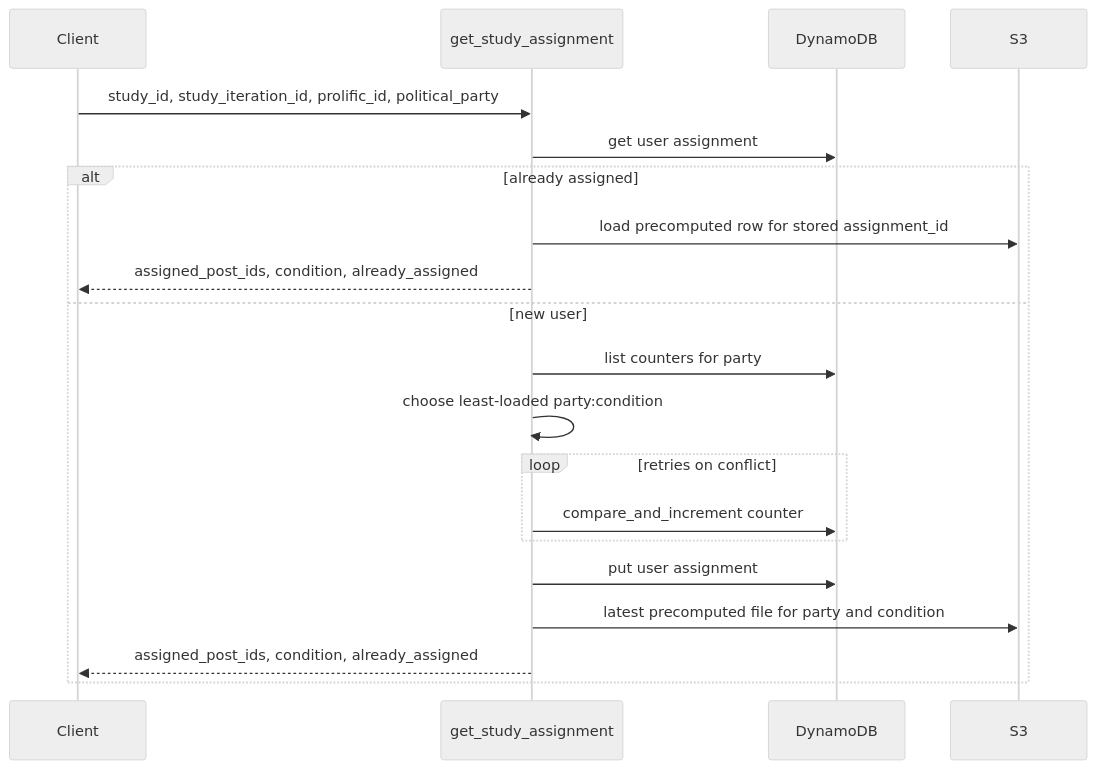
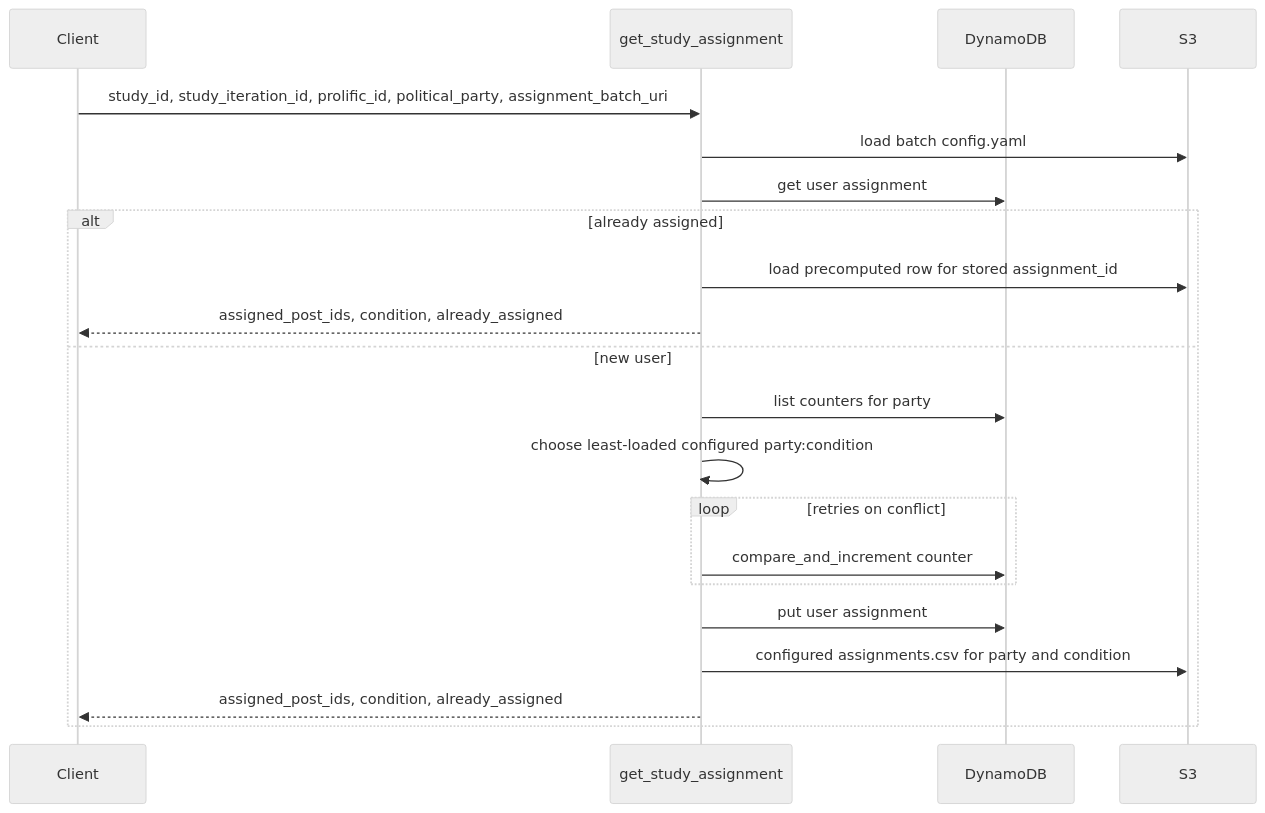
Before and after one commit to METResearchGroup/study_participant_assignment_interface: the second of 2 diagrams in README.md, drawn with Mermaid (neutral theme). The commit also changed other lines of this file and 27 other files, not shown here.

First line of the commit message:
Add YAML-driven MirrorView batch config (#16)

````diff
--- a/README.md
+++ b/README.md
@@ -58,23 +58,24 @@
 ```mermaid
 sequenceDiagram
   participant Client
   participant Lambda as get_study_assignment
   participant DDB as DynamoDB
   participant S3 as S3
 
-  Client->>Lambda: study_id, study_iteration_id, prolific_id, political_party
+  Client->>Lambda: study_id, study_iteration_id, prolific_id, political_party, assignment_batch_uri
+  Lambda->>S3: load batch config.yaml
   Lambda->>DDB: get user assignment
   alt already assigned
     Lambda->>S3: load precomputed row for stored assignment_id
     Lambda-->>Client: assigned_post_ids, condition, already_assigned
   else new user
     Lambda->>DDB: list counters for party
-    Lambda->>Lambda: choose least-loaded party:condition
+    Lambda->>Lambda: choose least-loaded configured party:condition
     loop retries on conflict
       Lambda->>DDB: compare_and_increment counter
     end
     Lambda->>DDB: put user assignment
-    Lambda->>S3: latest precomputed file for party and condition
+    Lambda->>S3: configured assignments.csv for party and condition
     Lambda-->>Client: assigned_post_ids, condition, already_assigned
   end
 ```
````
